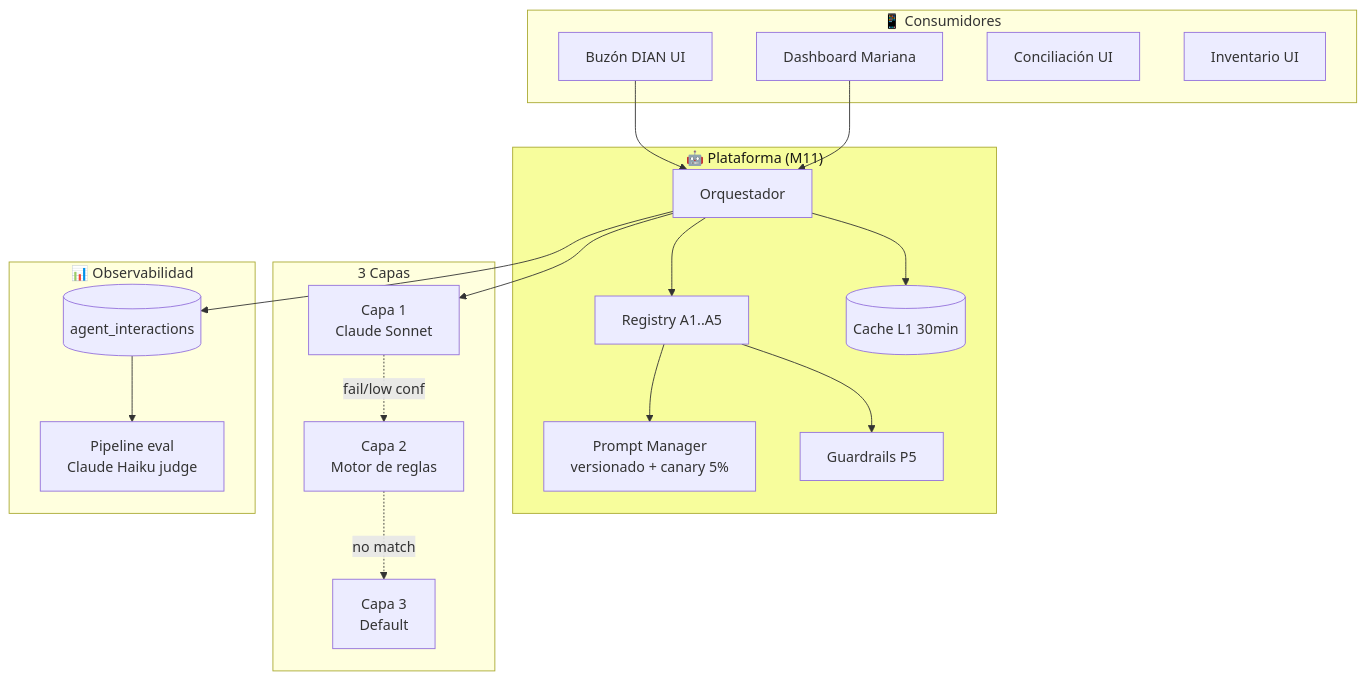
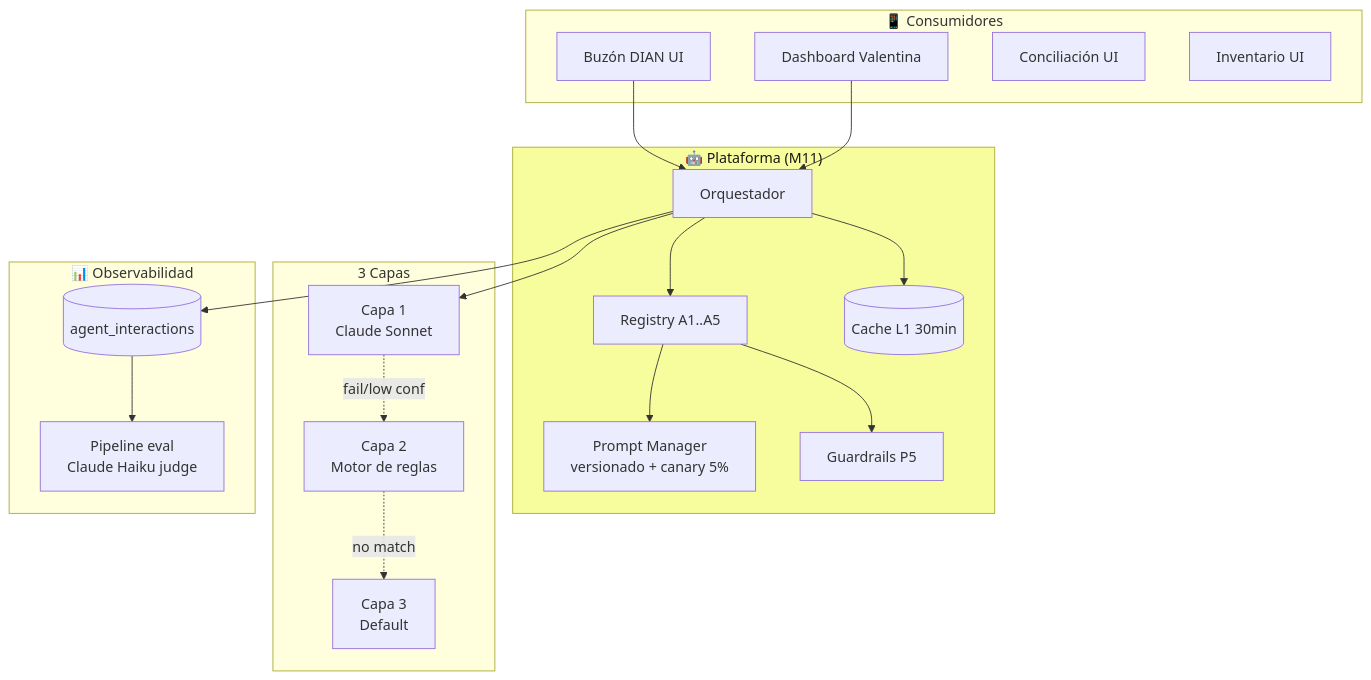
One commit to ValentinaX63/c2 changed diagram 11 of 19 in Estación 2/specs/arquitectura.md. Above: the diagram before and after it, drawn with Mermaid. The commit also changed other lines of this file and 1 other file, not shown here.

First line of the commit message:
docs(personas): rename Mariana → Valentina en PRD + Arquitectura

````diff
--- a/Estación 2/specs/arquitectura.md
+++ b/Estación 2/specs/arquitectura.md
@@ -941,42 +941,42 @@
 ```mermaid
 flowchart TB
     subgraph CONSUMERS["📱 Consumidores"]
         BUZ["Buzón DIAN UI"]
-        DASH["Dashboard Mariana"]
+        DASH["Dashboard Valentina"]
         CONC["Conciliación UI"]
         INVT["Inventario UI"]
     end
 
     subgraph PLATFORM["🤖 Plataforma (M11)"]
         ORCH["Orquestador"]
         REG["Registry A1..A5"]
         PROMPT["Prompt Manager<br/>versionado + canary 5%"]
         GUARD["Guardrails P5"]
         CACHE[("Cache L1 30min")]
     end
 
     subgraph CAPAS["3 Capas"]
         C1["Capa 1<br/>Claude Sonnet"]
         C2["Capa 2<br/>Motor de reglas"]
         C3["Capa 3<br/>Default"]
     end
 
     subgraph OBSV["📊 Observabilidad"]
         LOG[("agent_interactions")]
         EVAL["Pipeline eval<br/>Claude Haiku judge"]
     end
 
     BUZ --> ORCH
     DASH --> ORCH
     ORCH --> CACHE
     ORCH --> REG
     REG --> PROMPT
     REG --> GUARD
     ORCH --> C1
     C1 -.fail/low conf.-> C2
     C2 -.no match.-> C3
     ORCH --> LOG
     LOG --> EVAL
 
     style PLATFORM fill:#f7fd9c,color:#1a1916
 ```
````
